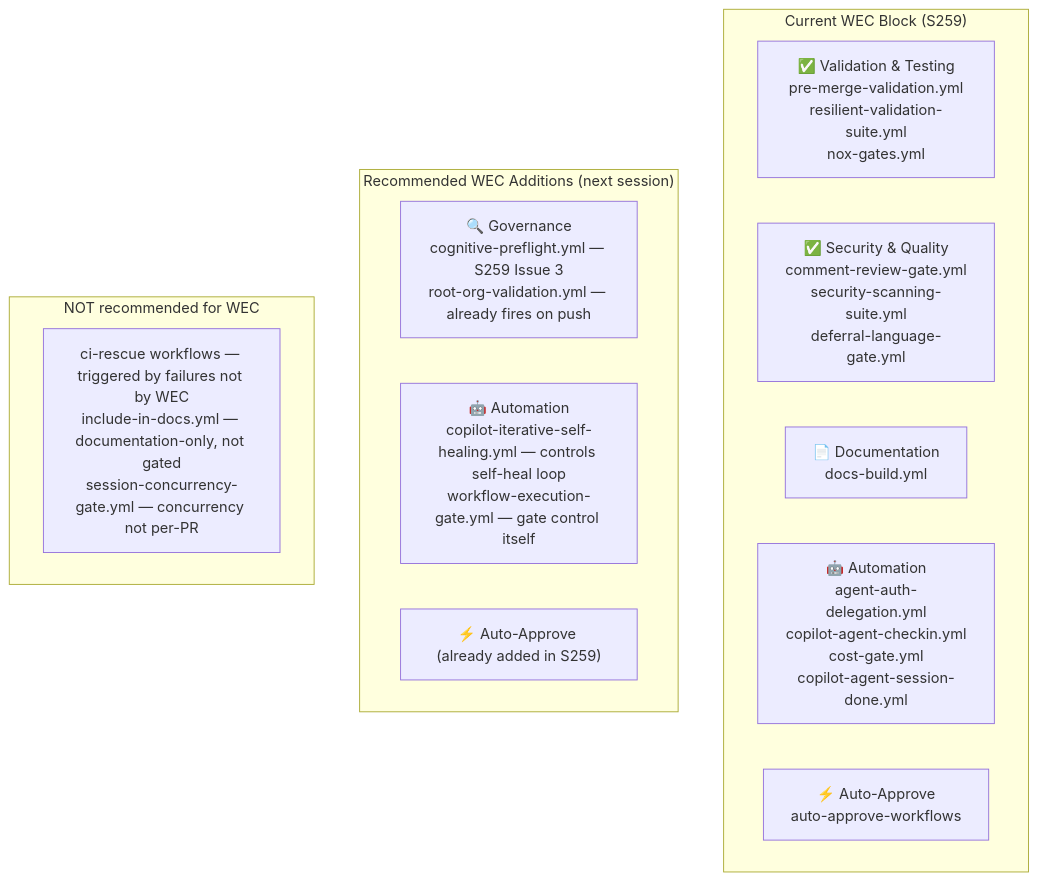
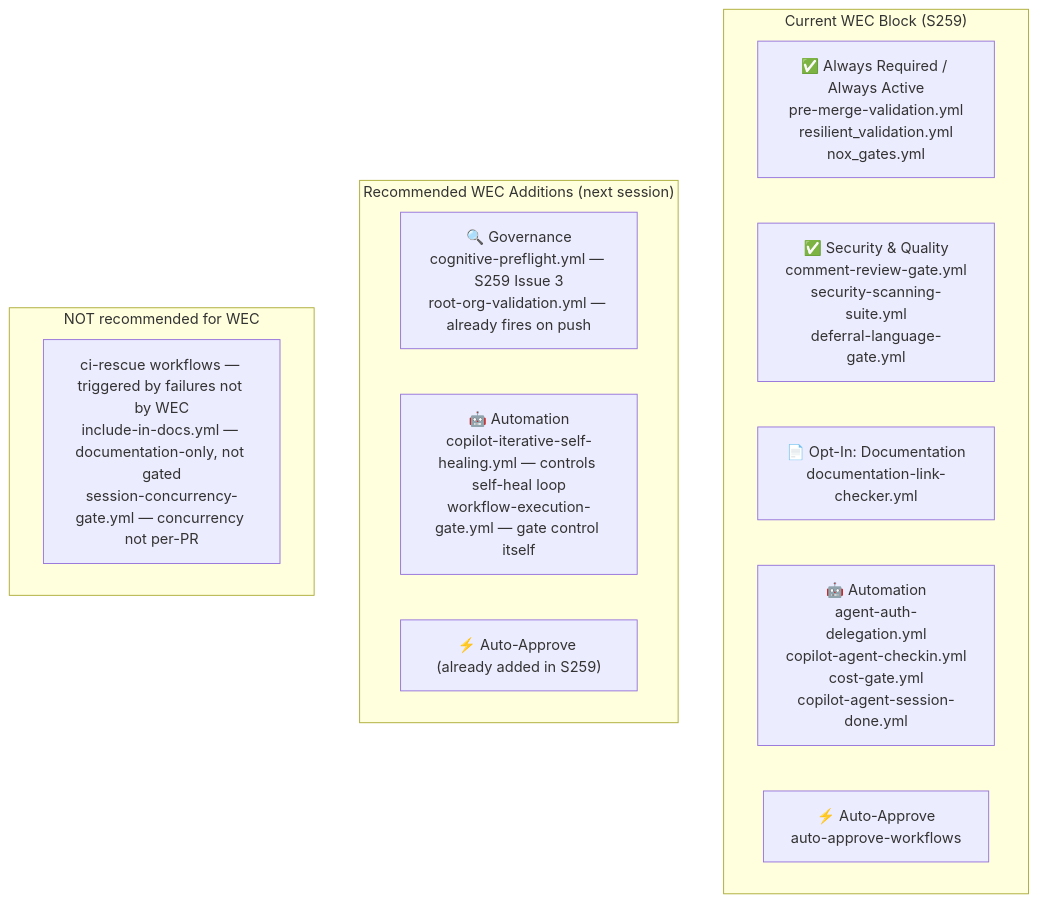
The seventh of 9 diagrams in docs/workflows/PR_COMMENT_LIFECYCLE.md (Aries-Serpent/_codex_), drawn with Mermaid before and after one commit. The commit also changed 10 other files, not shown here.

````diff
--- a/docs/workflows/PR_COMMENT_LIFECYCLE.md
+++ b/docs/workflows/PR_COMMENT_LIFECYCLE.md
@@ -290,20 +290,20 @@
 ```mermaid
 flowchart TD
     subgraph CURRENT_WEC["Current WEC Block (S259)"]
-        V["✅ Validation & Testing\npre-merge-validation.yml\nresilient-validation-suite.yml\nnox-gates.yml"]
+        V["✅ Always Required / Always Active\npre-merge-validation.yml\nresilient_validation.yml\nnox_gates.yml"]
         SQ["✅ Security & Quality\ncomment-review-gate.yml\nsecurity-scanning-suite.yml\ndeferral-language-gate.yml"]
-        D["📄 Documentation\ndocs-build.yml"]
+        D["📄 Opt-In: Documentation\ndocumentation-link-checker.yml"]
         A["🤖 Automation\nagent-auth-delegation.yml\ncopilot-agent-checkin.yml\ncost-gate.yml\ncopilot-agent-session-done.yml"]
         AP["⚡ Auto-Approve\nauto-approve-workflows"]
     end
 
     subgraph RECOMMEND["Recommended WEC Additions (next session)"]
         R1["🔍 Governance\ncognitive-preflight.yml — S259 Issue 3\nroot-org-validation.yml — already fires on push"]
         R2["🤖 Automation\ncopilot-iterative-self-healing.yml — controls self-heal loop\nworkflow-execution-gate.yml — gate control itself"]
         R3["⚡ Auto-Approve (already added in S259)"]
     end
 
     subgraph NOT_RECOMMENDED["NOT recommended for WEC"]
         N1["ci-rescue workflows — triggered by failures not by WEC\ninclude-in-docs.yml — documentation-only, not gated\nsession-concurrency-gate.yml — concurrency not per-PR"]
     end
 ```
````
